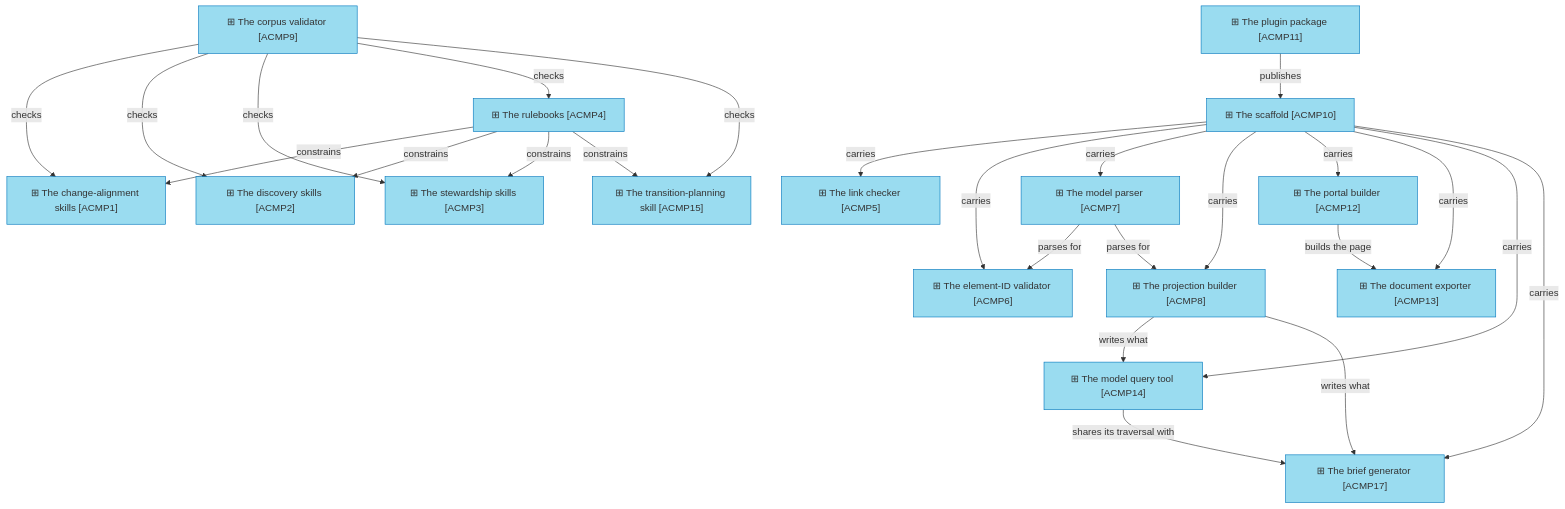
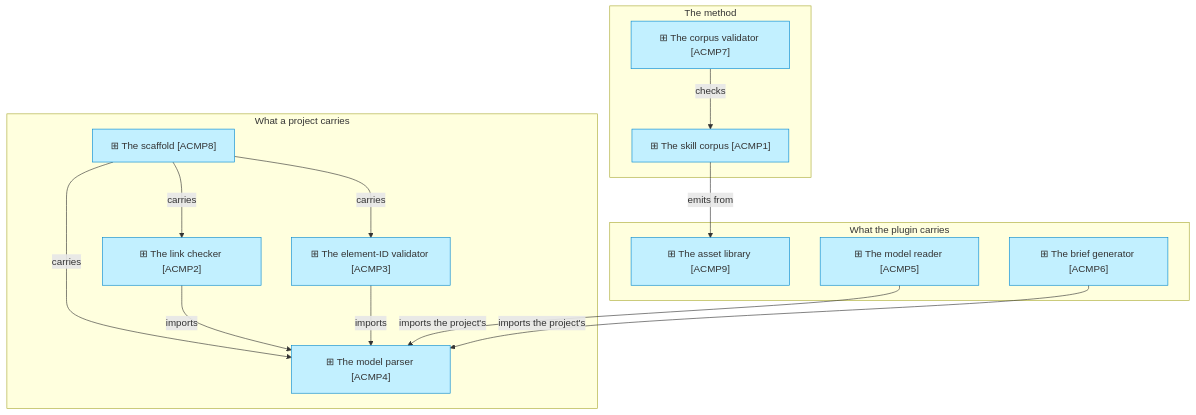
Before and after one commit to roanboc/architecture-archreator: the diagram in product-archreator/architecture/4_application/2_application-components.md, drawn with Mermaid. The commit also changed other lines of this file and 137 other files, not shown here.

First line of the commit message:
feat!: the models are rebuilt on method 0.2, and the old corpus becomes reference

````diff
--- a/product-archreator/architecture/4_application/2_application-components.md
+++ b/product-archreator/architecture/4_application/2_application-components.md
@@ -48,46 +24,30 @@
 ```mermaid
 flowchart TB
-  acmp1["⊞ The change-alignment skills [ACMP1]"]:::component
-  acmp2["⊞ The discovery skills [ACMP2]"]:::component
-  acmp3["⊞ The stewardship skills [ACMP3]"]:::component
-  acmp4["⊞ The rulebooks [ACMP4]"]:::component
-  acmp5["⊞ The link checker [ACMP5]"]:::component
-  acmp6["⊞ The element-ID validator [ACMP6]"]:::component
-  acmp7["⊞ The model parser [ACMP7]"]:::component
-  acmp8["⊞ The projection builder [ACMP8]"]:::component
-  acmp9["⊞ The corpus validator [ACMP9]"]:::component
-  acmp10["⊞ The scaffold [ACMP10]"]:::component
-  acmp11["⊞ The plugin package [ACMP11]"]:::component
-  acmp12["⊞ The portal builder [ACMP12]"]:::component
-  acmp13["⊞ The document exporter [ACMP13]"]:::component
-  acmp14["⊞ The model query tool [ACMP14]"]:::component
-  acmp15["⊞ The transition-planning skill [ACMP15]"]:::component
-  acmp17["⊞ The brief generator [ACMP17]"]:::component
+  subgraph corpus["The method"]
+    c1["⊞ The skill corpus [ACMP1]"]:::app
+    c7["⊞ The corpus validator [ACMP7]"]:::app
+  end
+  subgraph project["What a project carries"]
+    c8["⊞ The scaffold [ACMP8]"]:::app
+    c2["⊞ The link checker [ACMP2]"]:::app
+    c3["⊞ The element-ID validator [ACMP3]"]:::app
+    c4["⊞ The model parser [ACMP4]"]:::app
+  end
+  subgraph plugin["What the plugin carries"]
+    c9["⊞ The asset library [ACMP9]"]:::app
+    c5["⊞ The model reader [ACMP5]"]:::app
+    c6["⊞ The brief generator [ACMP6]"]:::app
+  end
 
-  acmp4 -->|constrains| acmp1
-  acmp4 -->|constrains| acmp2
-  acmp4 -->|constrains| acmp3
-  acmp4 -->|constrains| acmp15
-  acmp7 -->|parses for| acmp6
-  acmp7 -->|parses for| acmp8
-  acmp8 -->|writes what| acmp14
-  acmp8 -->|writes what| acmp17
-  acmp14 -->|shares its traversal with| acmp17
-  acmp10 -->|carries| acmp5
-  acmp10 -->|carries| acmp6
-  acmp10 -->|carries| acmp7
-  acmp10 -->|carries| acmp8
-  acmp10 -->|carries| acmp12
-  acmp10 -->|carries| acmp13
-  acmp10 -->|carries| acmp14
-  acmp10 -->|carries| acmp17
-  acmp12 -->|builds the page| acmp13
-  acmp11 -->|publishes| acmp10
-  acmp9 -->|checks| acmp1
-  acmp9 -->|checks| acmp2
-  acmp9 -->|checks| acmp3
-  acmp9 -->|checks| acmp4
-  acmp9 -->|checks| acmp15
+  c7 -->|checks| c1
+  c8 -->|carries| c2
+  c8 -->|carries| c3
+  c8 -->|carries| c4
+  c2 -->|imports| c4
+  c3 -->|imports| c4
+  c5 -->|imports the project's| c4
+  c6 -->|imports the project's| c4
+  c1 -->|emits from| c9
 
-  classDef component fill:#9adcf0,stroke:#0277bd,color:#333
+  classDef app fill:#c2f0ff,stroke:#0288d1,color:#333
 ```
````
